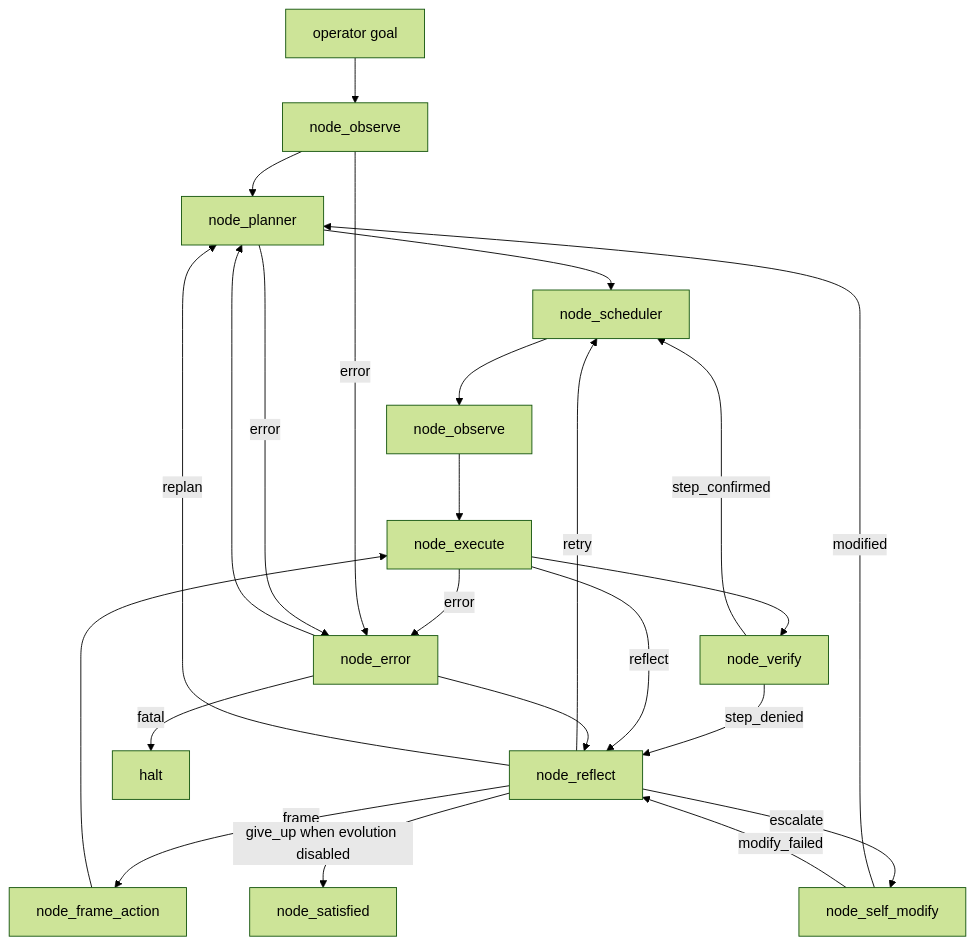
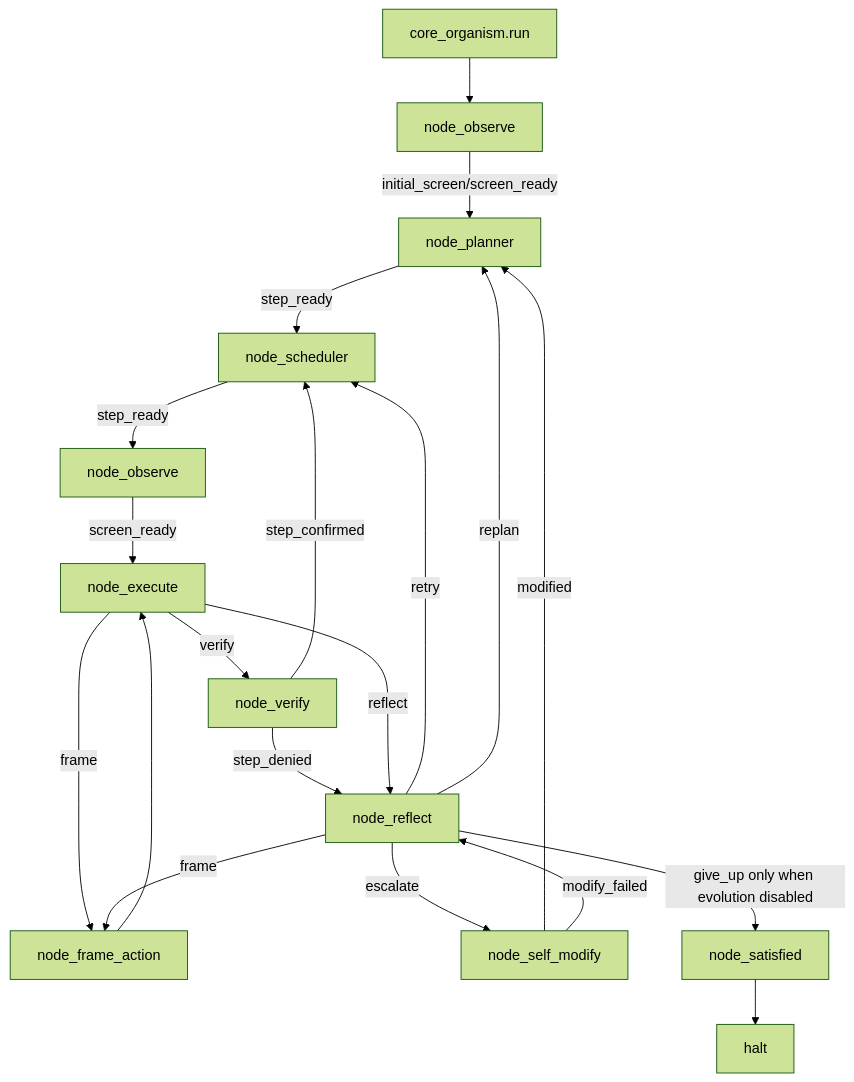
The second of 6 diagrams in README.md (wgabrys88/endgame-ai), drawn with Mermaid (forest theme) before and after one commit. The commit also changed other lines of this file and 6 other files, not shown here.

````diff
--- a/README.md
+++ b/README.md
@@ -30,26 +99,22 @@
 ```mermaid
 flowchart TD
-    Goal["operator goal"] --> Observe["node_observe"]
-    Observe --> Planner["node_planner"]
-    Planner --> Scheduler["node_scheduler"]
-    Scheduler --> Observe2["node_observe"]
-    Observe2 --> Execute["node_execute"]
-    Execute --> Verify["node_verify"]
+    Start["core_organism.run"] --> Observe["node_observe"]
+    Observe -->|initial_screen/screen_ready| Planner["node_planner"]
+    Planner -->|step_ready| Scheduler["node_scheduler"]
+    Scheduler -->|step_ready| Observe2["node_observe"]
+    Observe2 -->|screen_ready| Execute["node_execute"]
+    Execute -->|verify| Verify["node_verify"]
     Verify -->|step_confirmed| Scheduler
     Verify -->|step_denied| Reflect["node_reflect"]
     Execute -->|reflect| Reflect
+    Execute -->|frame| Frame["node_frame_action"]
+    Frame --> Execute
     Reflect -->|retry| Scheduler
     Reflect -->|replan| Planner
-    Reflect -->|frame| Frame["node_frame_action"]
-    Frame --> Execute
+    Reflect -->|frame| Frame
     Reflect -->|escalate| SelfModify["node_self_modify"]
     SelfModify -->|modified| Planner
     SelfModify -->|modify_failed| Reflect
-    Reflect -->|give_up when evolution disabled| Satisfied["node_satisfied"]
-    Execute -->|error| Error["node_error"]
-    Observe -->|error| Error
-    Planner -->|error| Error
-    Error --> Planner
-    Error --> Reflect
-    Error -->|fatal| Halt["halt"]
+    Reflect -->|give_up only when evolution disabled| Satisfied["node_satisfied"]
+    Satisfied --> Halt["halt"]
 ```
````
